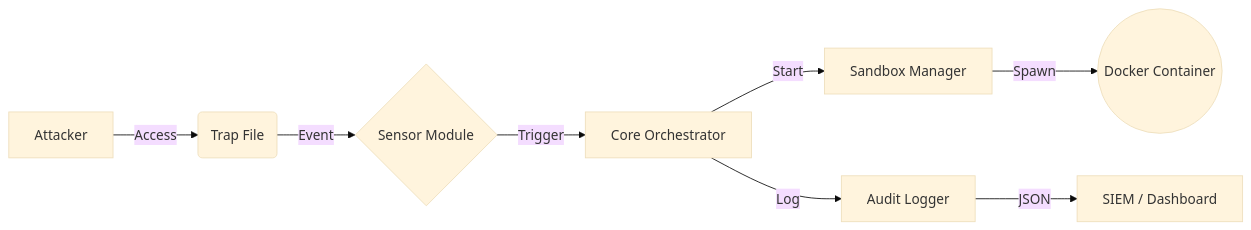
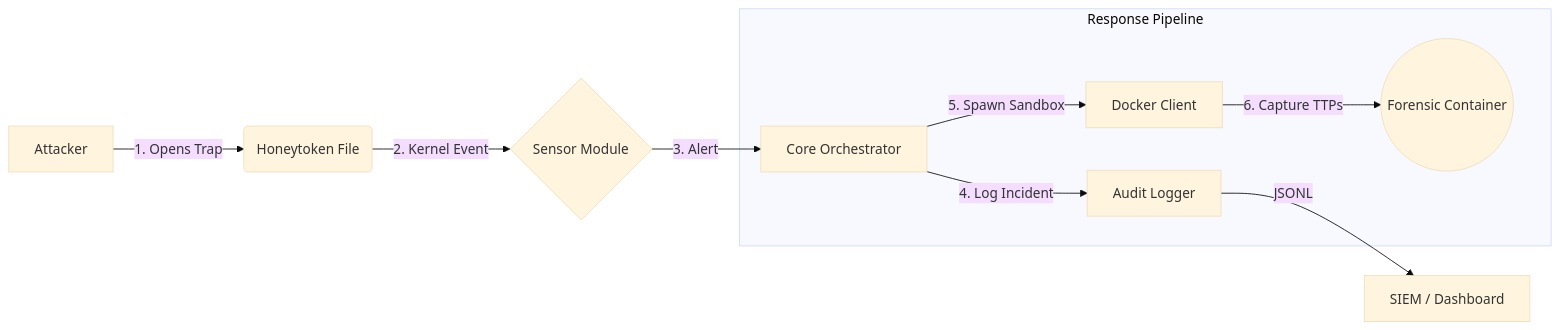
One commit to Imam1325/Phantom-Files changed the diagram in README.md. Above: the diagram before and after it, drawn with Mermaid (base theme). The commit also changed other lines of this file, not shown here.

````diff
--- a/README.md
+++ b/README.md
@@ -30,10 +44,14 @@
 ```mermaid
 graph LR
-    H[Attacker] -->|Access| T(Trap File)
-    T -->|Event| S{Sensor Module}
-    S -->|Trigger| O[Core Orchestrator]
-    O -->|Start| M[Sandbox Manager]
-    M -->|Spawn| C((Docker Container))
-    O -->|Log| L[Audit Logger]
-    L -->|JSON| J[SIEM / Dashboard]
+    H[Attacker] -->|1. Opens Trap| T(Honeytoken File)
+    T -->|2. Kernel Event| S{Sensor Module}
+    S -->|3. Alert| O[Core Orchestrator]
+    
+    subgraph "Response Pipeline"
+    O -->|4. Log Incident| L[Audit Logger]
+    O -->|5. Spawn Sandbox| D[Docker Client]
+    D -->|6. Capture TTPs| C((Forensic Container))
+    end
+    
+    L -->|JSONL| J[SIEM / Dashboard]
 ```
````
